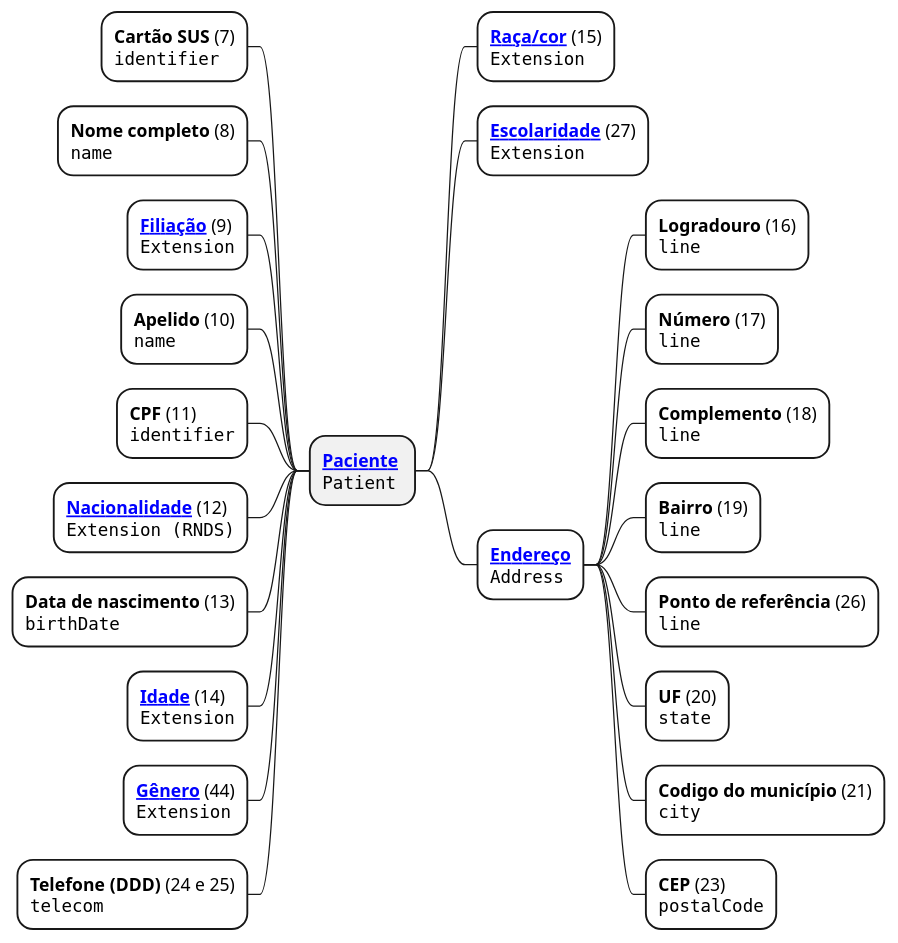
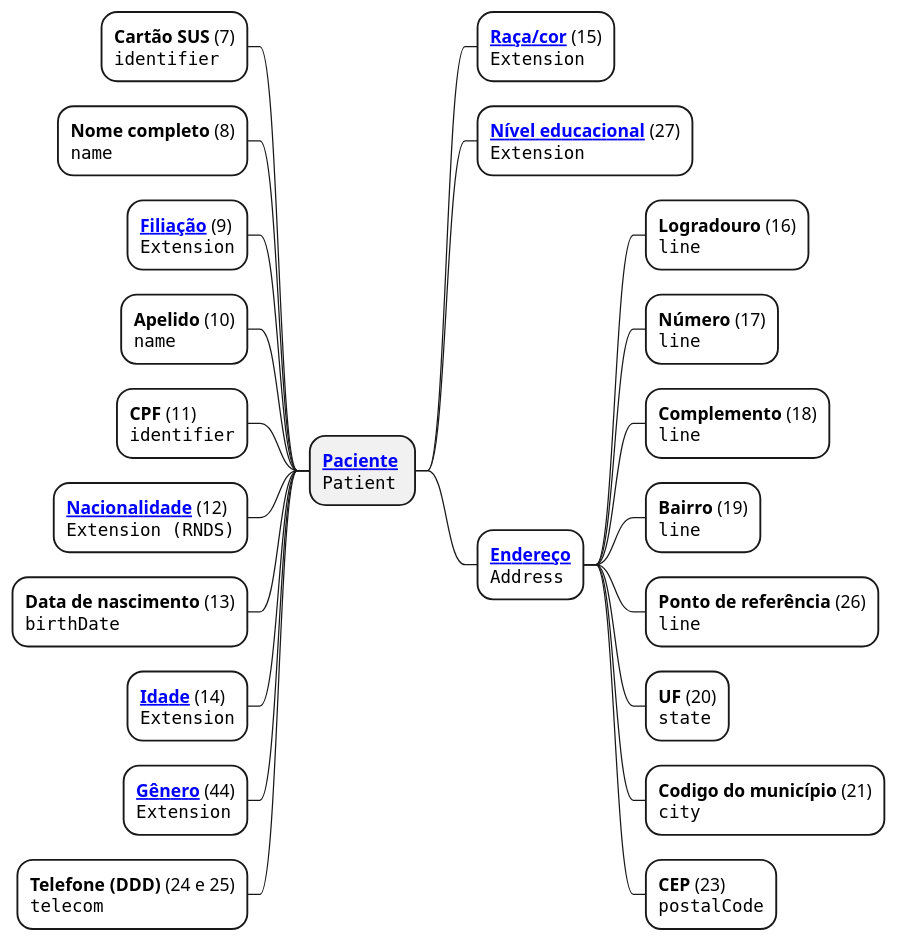
The diagram in input/images-source/paciente.plantuml (kyriosdata/farol), drawn with PlantUML before and after one commit. The commit also changed 3 other files, not shown here.

```diff
--- a/input/images-source/paciente.plantuml
+++ b/input/images-source/paciente.plantuml
@@ -1,27 +1,27 @@
 @startmindmap paciente
 
 + **[[StructureDefinition-paciente.html Paciente]] **\n""Patient""
 --[#White] **Cartão SUS** (7)\n""identifier""
 --[#White] **Nome completo** (8)\n""name""
 --[#White] **[[StructureDefinition-filiacao.html Filiação]]** (9)\n""Extension""
 --[#White] **Apelido** (10)\n""name""
 --[#White] **CPF** (11)\n""identifier""
 --[#White] **[[https://simplifier.net/redenacionaldedadosemsaude/brnacionalidade Nacionalidade]]** (12)\n""Extension (RNDS)""
 --[#White] **Data de nascimento** (13)\n""birthDate""
 --[#White] **[[StructureDefinition-idade.html Idade]]** (14)\n""Extension""
---[#White] **[[StructureDefinition-genero.html Gênero]]** (44)\n""Extension""
+--[#White] **[[StructureDefinition-extension-genero.html Gênero]]** (44)\n""Extension""
 --[#White] **Telefone (DDD)** (24 e 25)\n""telecom""
 ++[#White] **[[StructureDefinition-raca-etnia.html Raça/cor]]** (15)\n""Extension""
-++[#White] **[[StructureDefinition-escolaridade.html Escolaridade]]** (27)\n""Extension""
+++[#White] **[[StructureDefinition-nivel-educacional.html Nível educacional]]** (27)\n""Extension""
 ++[#White] **[[StructureDefinition-endereco.html Endereço]]**\n""Address""
 +++[#White] **Logradouro** (16)\n""line""
 +++[#White] **Número** (17)\n""line""
 +++[#White] **Complemento** (18)\n""line""
 +++[#White] **Bairro** (19)\n""line""
 +++[#White] **Ponto de referência** (26)\n""line""
 +++[#White] **UF** (20)\n""state""
 +++[#White] **Codigo do município** (21)\n""city""
 +++[#White] **CEP** (23)\n""postalCode""
 
 
 @enduml
```
